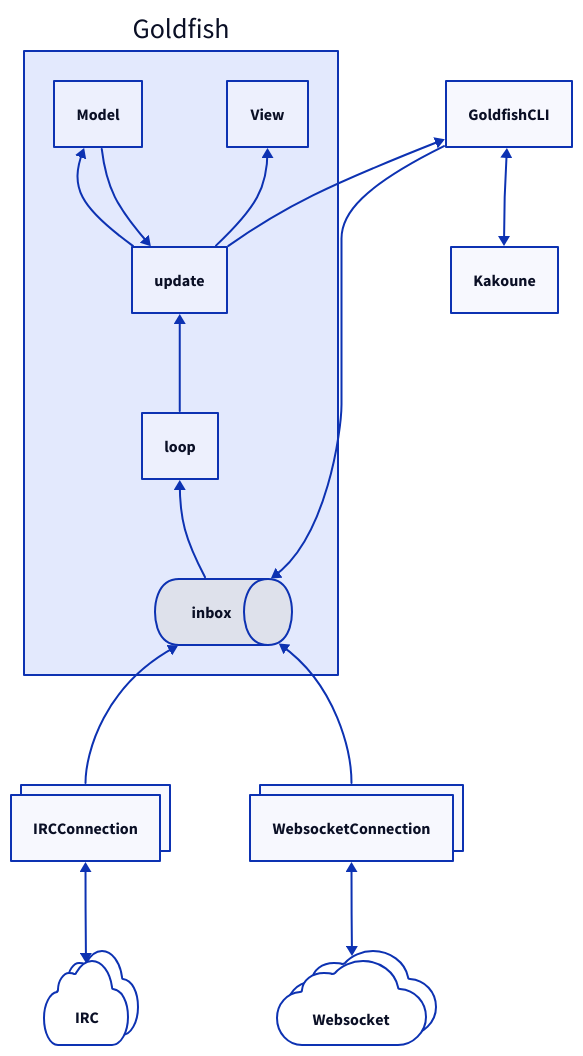
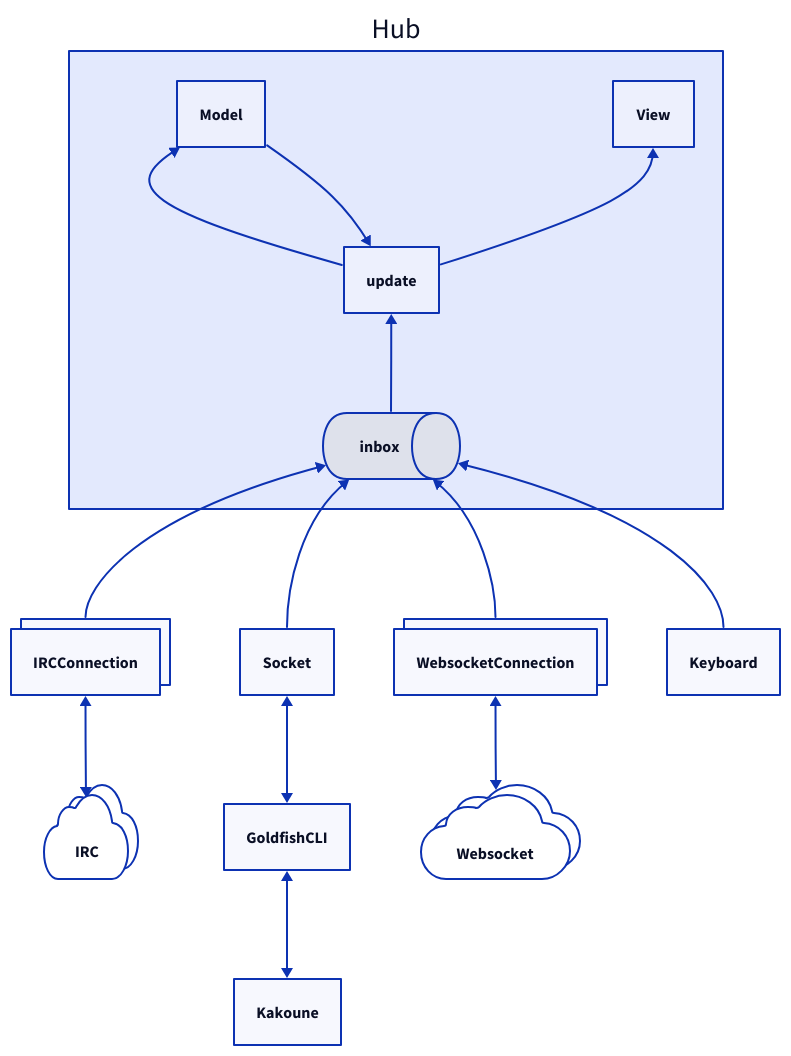
The diagram in docs/design.d2 (aecepoglu/twitchy-poison), drawn with D2 before and after one commit. The commit also changed 20 other files, not shown here.

```diff
--- a/docs/design.d2
+++ b/docs/design.d2
@@ -1,20 +1,21 @@
 direction: up
 
 IRC.shape: cloud
 IRC.style.multiple: true
 Websocket.shape: cloud
 Websocket.style.multiple: true
 IRCConnection.style.multiple: true
 WebsocketConnection.style.multiple: true
-Goldfish.inbox.shape: queue
+Hub.inbox.shape: queue
 
 IRC <> IRCConnection
 Websocket <> WebsocketConnection
-IRCConnection -> Goldfish.inbox
-WebsocketConnection -> Goldfish.inbox
-Goldfish.inbox -> Goldfish.loop -> Goldfish.update
-Goldfish.Model -> Goldfish.update -> Goldfish.Model
-Goldfish.update -> Goldfish.View
+IRCConnection -> Hub.inbox
+Socket -> Hub.inbox
+WebsocketConnection -> Hub.inbox
+Hub.inbox -> Hub.update
+Hub.Model -> Hub.update -> Hub.Model
+Hub.update -> Hub.View
+Keyboard -> Hub.inbox
 
-Kakoune <> GoldfishCLI -> Goldfish.inbox
-Goldfish.update -> GoldfishCLI
+Kakoune <> GoldfishCLI <> Socket
```
